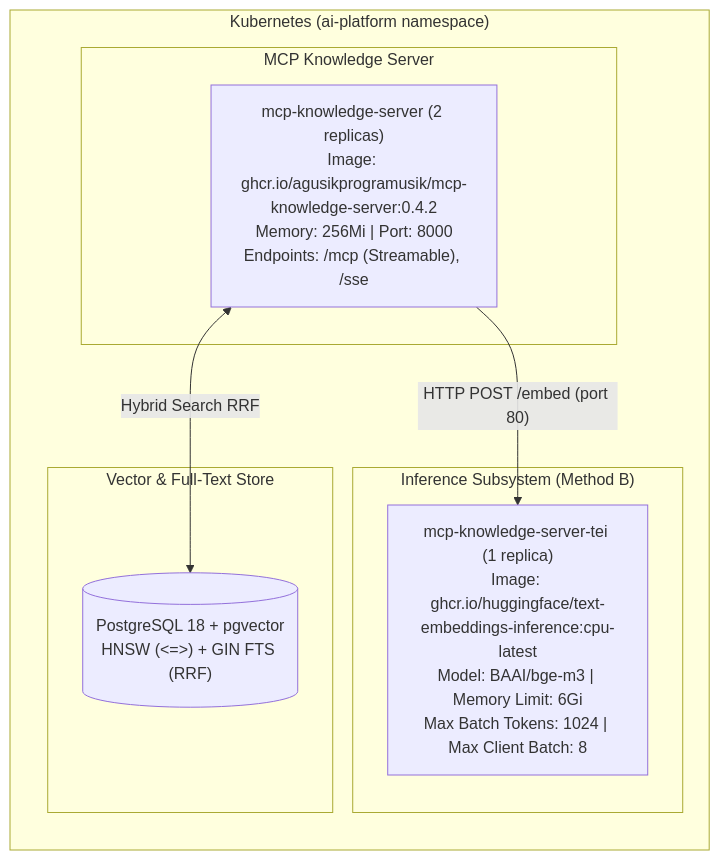
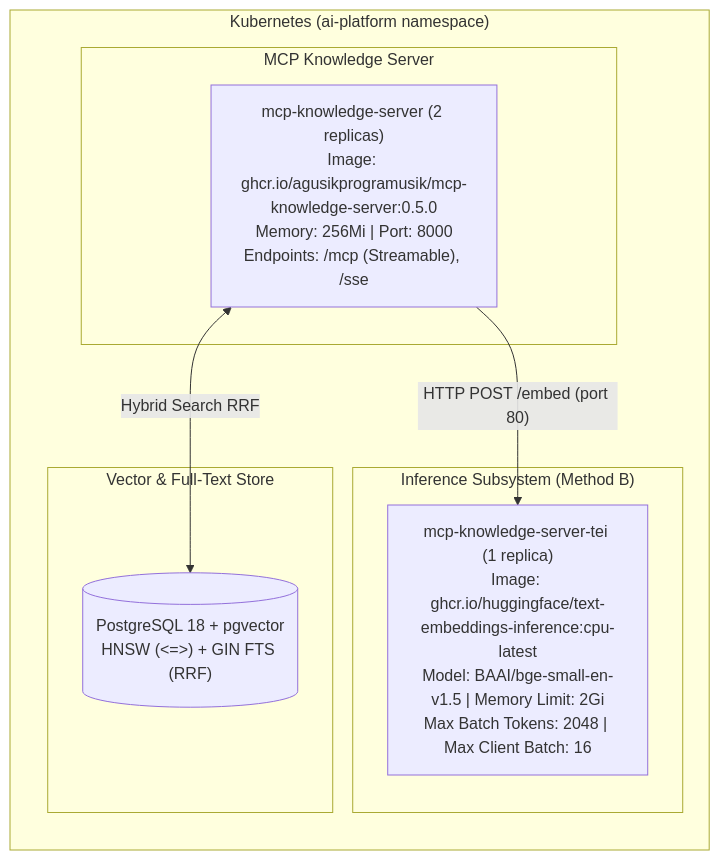
Before and after one commit to agusikprogramusik/devops: the second of 2 diagrams in README.md, drawn with Mermaid. The commit also changed other lines of this file and 3 other files, not shown here.

Commit message:
feat(mcp-chart): switch TEI model to BAAI/bge-small-en-v1.5 (384-dim) and bump to 0.5.0

````diff
--- a/README.md
+++ b/README.md
@@ -116,16 +116,16 @@
 ```mermaid
 flowchart LR
     subgraph K8s["Kubernetes (ai-platform namespace)"]
         subgraph Serving["MCP Knowledge Server"]
-            MCP["mcp-knowledge-server (2 replicas)\nImage: ghcr.io/agusikprogramusik/mcp-knowledge-server:0.4.2\nMemory: 256Mi | Port: 8000\nEndpoints: /mcp (Streamable), /sse"]
+            MCP["mcp-knowledge-server (2 replicas)\nImage: ghcr.io/agusikprogramusik/mcp-knowledge-server:0.5.0\nMemory: 256Mi | Port: 8000\nEndpoints: /mcp (Streamable), /sse"]
         end
         subgraph Inference["Inference Subsystem (Method B)"]
-            TEI["mcp-knowledge-server-tei (1 replica)\nImage: ghcr.io/huggingface/text-embeddings-inference:cpu-latest\nModel: BAAI/bge-m3 | Memory Limit: 6Gi\nMax Batch Tokens: 1024 | Max Client Batch: 8"]
+            TEI["mcp-knowledge-server-tei (1 replica)\nImage: ghcr.io/huggingface/text-embeddings-inference:cpu-latest\nModel: BAAI/bge-small-en-v1.5 | Memory Limit: 2Gi\nMax Batch Tokens: 2048 | Max Client Batch: 16"]
         end
         subgraph Storage["Vector & Full-Text Store"]
             PG[("PostgreSQL 18 + pgvector\nHNSW (<=>) + GIN FTS (RRF)")]
         end
         MCP -->|"HTTP POST /embed (port 80)"| TEI
         MCP <-->|"Hybrid Search RRF"| PG
     end
 ```
````
